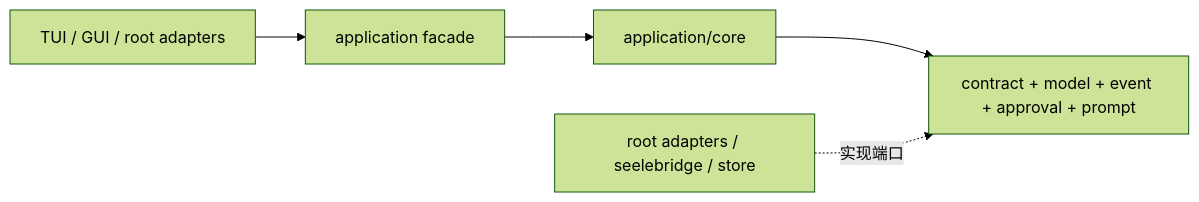
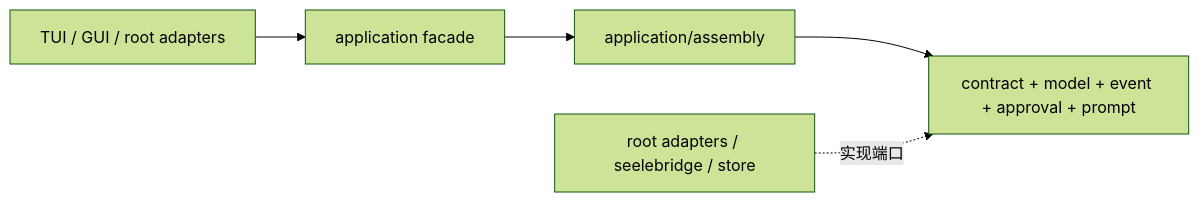
One commit to RedHuang-0622/seelex changed the fifth of 5 diagrams in application/README.md. Above: the diagram before and after it, drawn with Mermaid (forest theme). The commit also changed other lines of this file and 941 other files, not shown here.

Commit message:
refactor(application): retire core package

````diff
--- a/application/README.md
+++ b/application/README.md
@@ -939,7 +942,7 @@
 ```mermaid
 flowchart LR
     FE["TUI / GUI / root adapters"] --> FAC["application facade"]
-    FAC --> CORE["application/core"]
+    FAC --> CORE["application/assembly"]
     CORE --> SIDE["contract + model + event + approval + prompt"]
     IMPL["root adapters / seelebridge / store"] -.->|实现端口| SIDE
 ```
````
